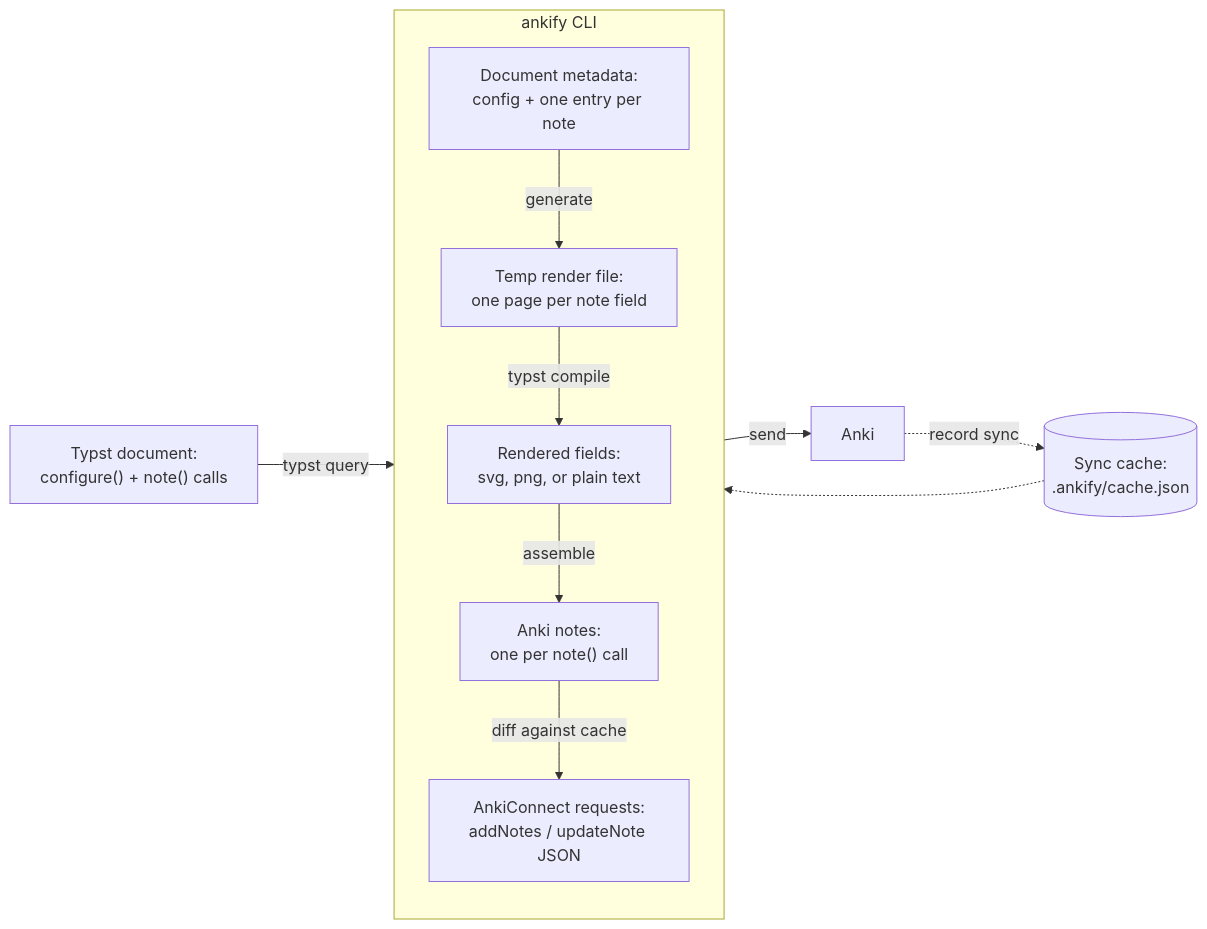
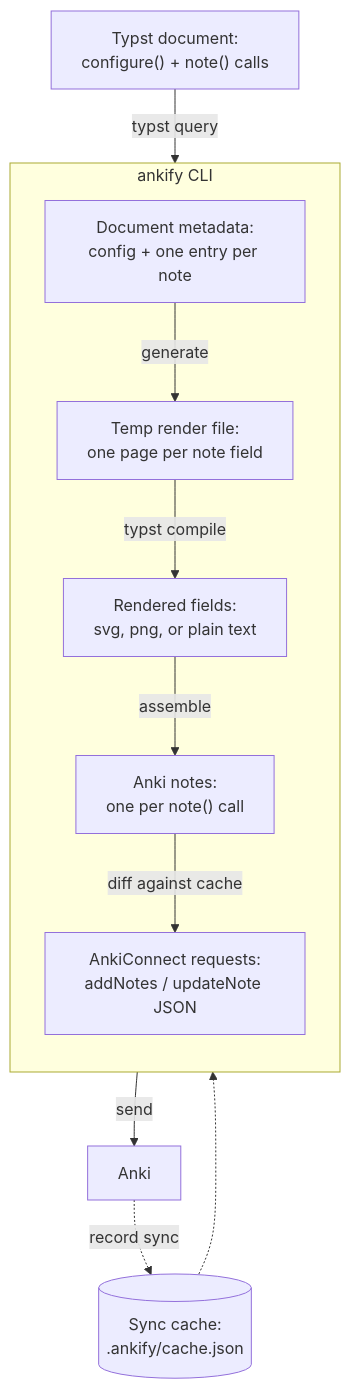
The diagram in README.md (nvlang/ankify), drawn with Mermaid before and after one commit.

Commit message:
docs: orient the how-it-works flowchart vertically
A left-to-right flowchart gets shrunk hard on GitHub; top-down keeps the
nodes legible.

````diff
--- a/README.md
+++ b/README.md
@@ -44,25 +44,25 @@
 ```mermaid
-flowchart LR
+flowchart TD
     doc["Typst document:<br/>configure() + note() calls"]
 
     subgraph cli ["ankify CLI"]
         direction TB
         meta["Document metadata:<br/>config + one entry per note"]
         tmp["Temp render file:<br/>one page per note field"]
         fields["Rendered fields:<br/>svg, png, or plain text"]
         notes["Anki notes:<br/>one per note() call"]
         reqs["AnkiConnect requests:<br/>addNotes / updateNote JSON"]
         meta -->|generate| tmp
         tmp -->|typst compile| fields
         fields -->|assemble| notes
         notes -->|diff against cache| reqs
     end
 
     cache[("Sync cache:<br/>.ankify/cache.json")]
     anki["Anki"]
 
     doc -->|typst query| meta
     cache -.-> reqs
     reqs -->|send| anki
     anki -.->|record sync| cache
 ```
````
